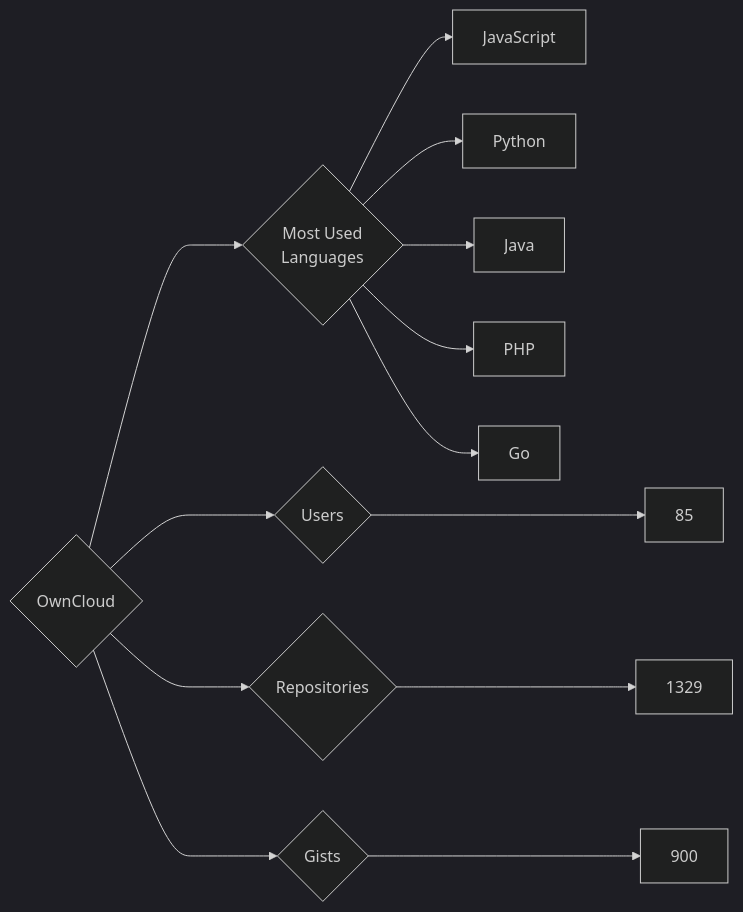
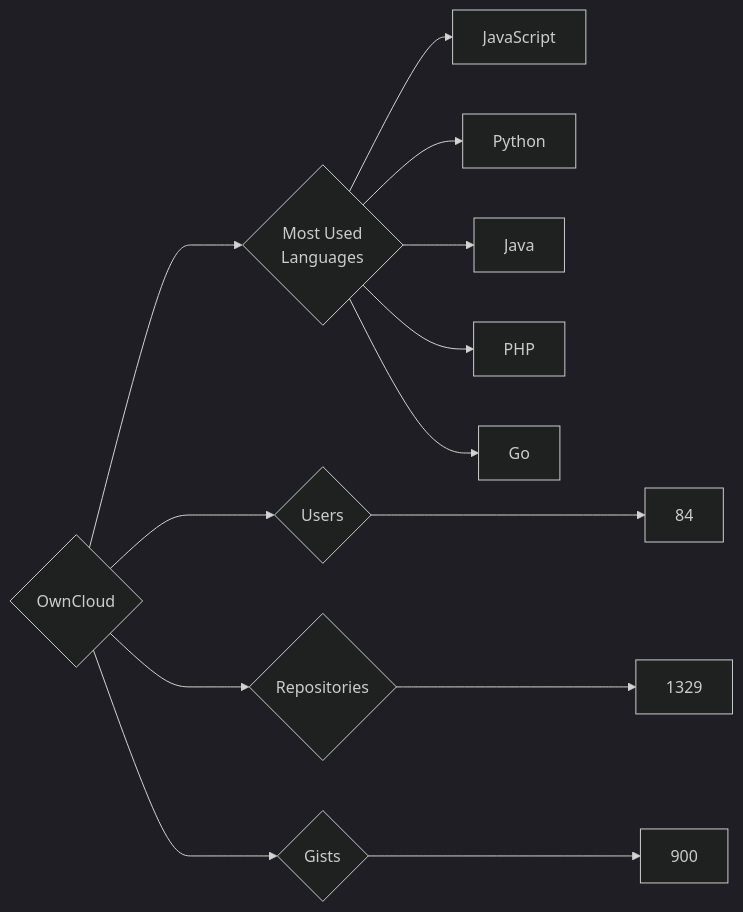
The diagram in targets/OwnCloud/README.md (trickest/insiders), drawn with Mermaid (dark theme) before and after one commit. The commit also changed 773 other files, not shown here.

````diff
--- a/targets/OwnCloud/README.md
+++ b/targets/OwnCloud/README.md
@@ -3,13 +3,13 @@
 ```mermaid
 graph LR
 COMPANY_NAME{OwnCloud}
-COMPANY_NAME ---> U{Users} ---> UN[85]
+COMPANY_NAME ---> U{Users} ---> UN[84]
 COMPANY_NAME ---> R{Repositories} ---> RN[1329]
 COMPANY_NAME ---> G{Gists} ---> GN[900]
 COMPANY_NAME ---> ML{Most Used<br>Languages}
 ML --> JavaScript[JavaScript]
 ML --> Python[Python]
 ML --> Java[Java]
 ML --> PHP[PHP]
 ML --> Go[Go]
 ```
````
